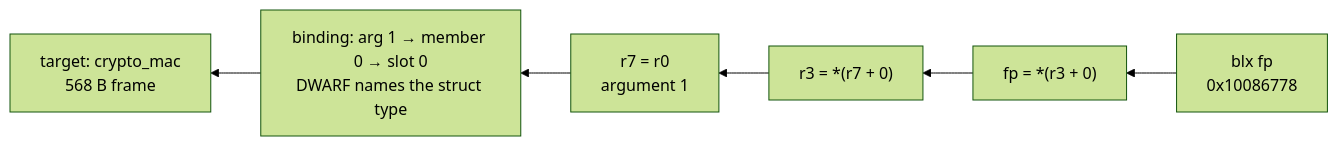
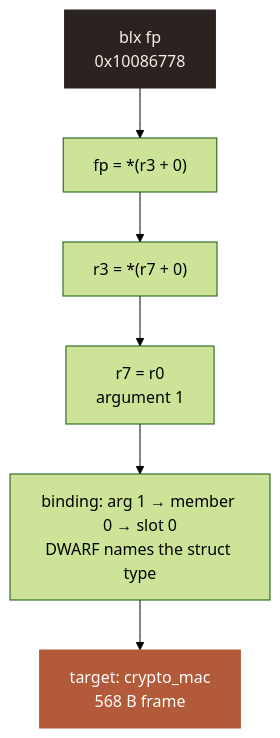
One commit to binhnguyenthanh051-ops/stack_bound changed the second of 3 diagrams in docs/how-it-reads-thumb2.md. Above: the diagram before and after it, drawn with Mermaid (forest theme). The commit also changed 3 other files, not shown here.

First line of the commit message:
docs: key/hot figure boxes; idea reviewed; Thumb-2 figure top-down

````diff
--- a/docs/how-it-reads-thumb2.md
+++ b/docs/how-it-reads-thumb2.md
@@ -49,8 +49,12 @@
 ```mermaid
-flowchart RL
+flowchart TB
   BLX["blx fp<br/>0x10086778"] --> FP["fp = *(r3 + 0)"]
   FP --> R3["r3 = *(r7 + 0)"]
   R3 --> R7["r7 = r0<br/>argument 1"]
   R7 --> BIND["binding: arg 1 → member 0 → slot 0<br/>DWARF names the struct type"]
   BIND --> TGT["target: crypto_mac<br/>568 B frame"]
+  classDef key fill:#2b2320,stroke:#2b2320,color:#f6efe6
+  classDef hot fill:#b35a3a,stroke:#b35a3a,color:#ffffff
+  class BLX key
+  class TGT hot
 ```
````
